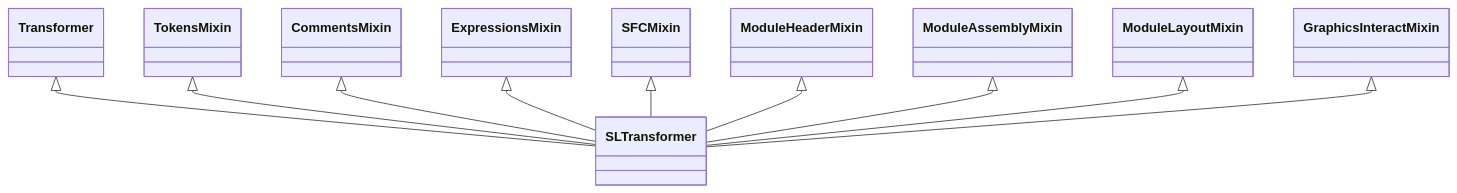
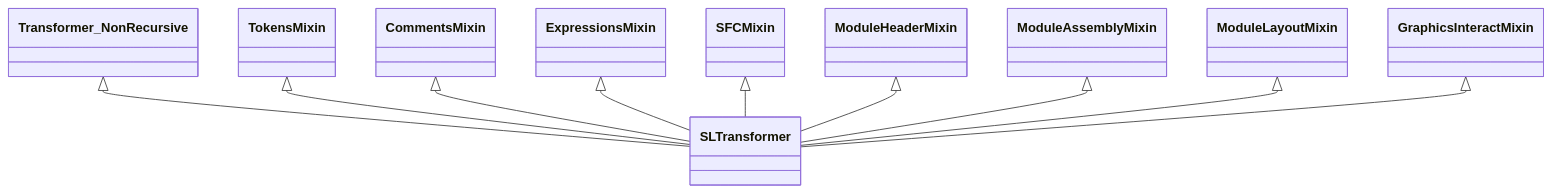
The first of 4 diagrams in docs/transformer.md (SorenHJohansen/sattline-parser), drawn with Mermaid before and after one commit. The commit also changed other lines of this file and 26 other files, not shown here.

````diff
--- a/docs/transformer.md
+++ b/docs/transformer.md
@@ -9,23 +12,23 @@
 ```mermaid
 classDiagram
     class SLTransformer
-    class Transformer
+    class Transformer_NonRecursive
     class TokensMixin
     class CommentsMixin
     class ExpressionsMixin
     class SFCMixin
     class ModuleHeaderMixin
     class ModuleAssemblyMixin
     class ModuleLayoutMixin
     class GraphicsInteractMixin
 
-    Transformer <|-- SLTransformer
+    Transformer_NonRecursive <|-- SLTransformer
     TokensMixin <|-- SLTransformer
     CommentsMixin <|-- SLTransformer
     ExpressionsMixin <|-- SLTransformer
     SFCMixin <|-- SLTransformer
     ModuleHeaderMixin <|-- SLTransformer
     ModuleAssemblyMixin <|-- SLTransformer
     ModuleLayoutMixin <|-- SLTransformer
     GraphicsInteractMixin <|-- SLTransformer
 ```
````
